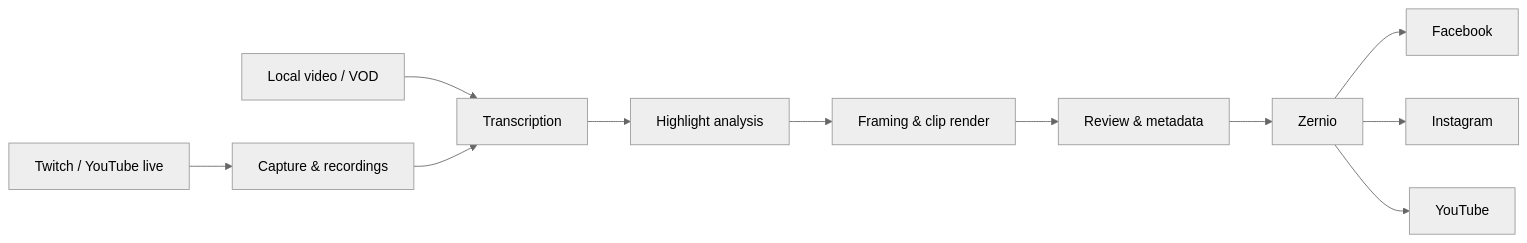
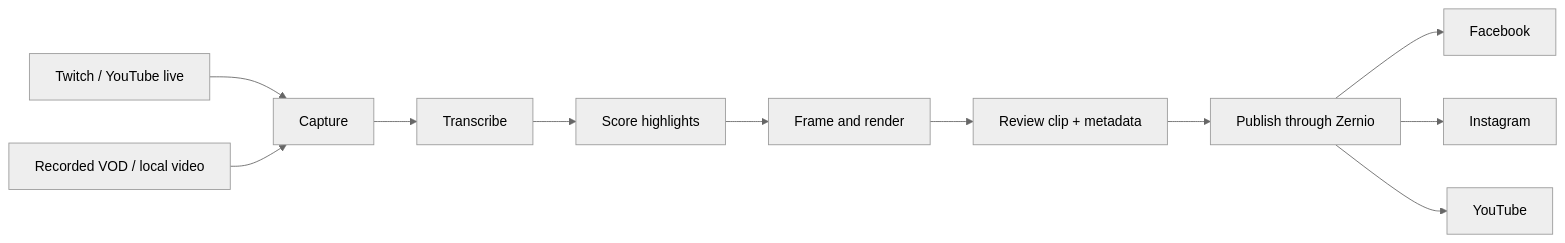
One commit to sifat-jaman-13/stream-clip-ai changed the diagram in README.md. Above: the diagram before and after it, drawn with Mermaid (neutral theme). The commit also changed other lines of this file and 52 other files, not shown here.

```diff
--- a/README.md
+++ b/README.md
@@ -31,13 +36,13 @@
 ~~~mermaid
 flowchart LR
-    A["Twitch / YouTube live"] --> C["Capture & recordings"]
-    B["Local video / VOD"] --> D["Transcription"]
-    C --> D
-    D --> E["Highlight analysis"]
-    E --> F["Framing & clip render"]
-    F --> G["Review & metadata"]
-    G --> H["Zernio"]
+    A["Twitch / YouTube live"] --> C["Capture"]
+    B["Recorded VOD / local video"] --> C
+    C --> D["Transcribe"]
+    D --> E["Score highlights"]
+    E --> F["Frame and render"]
+    F --> G["Review clip + metadata"]
+    G --> H["Publish through Zernio"]
     H --> I["Facebook"]
     H --> J["Instagram"]
     H --> K["YouTube"]
 ~~~
```
